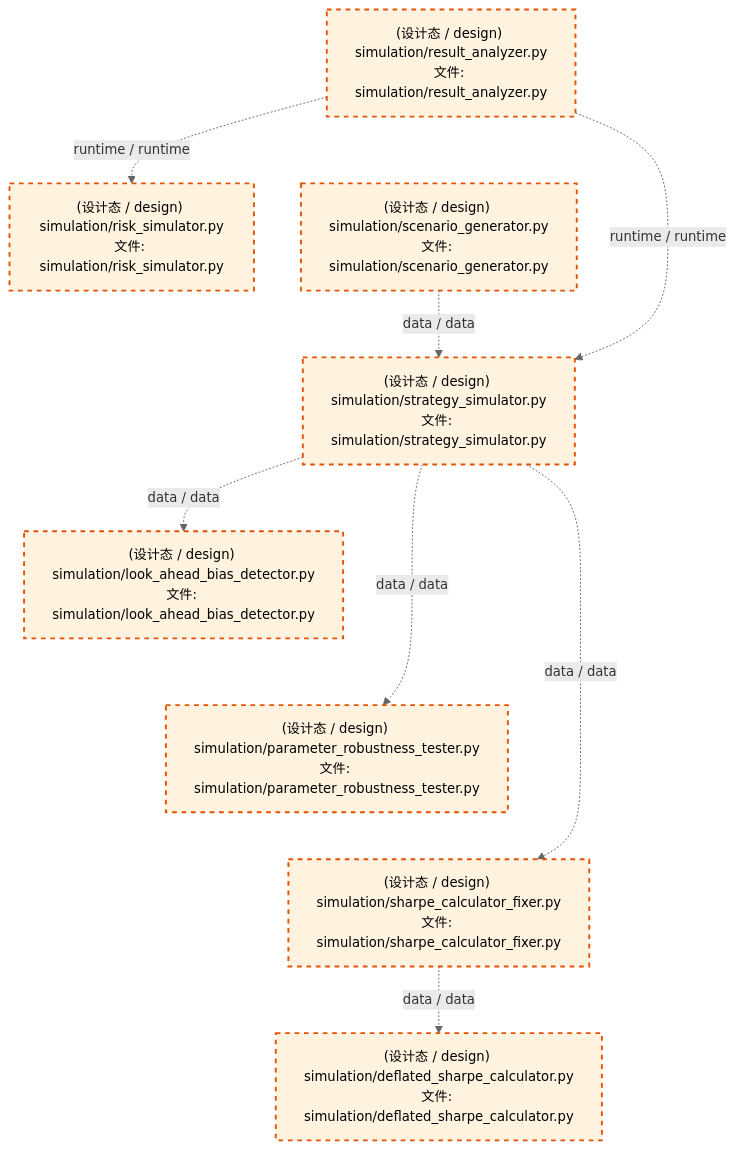
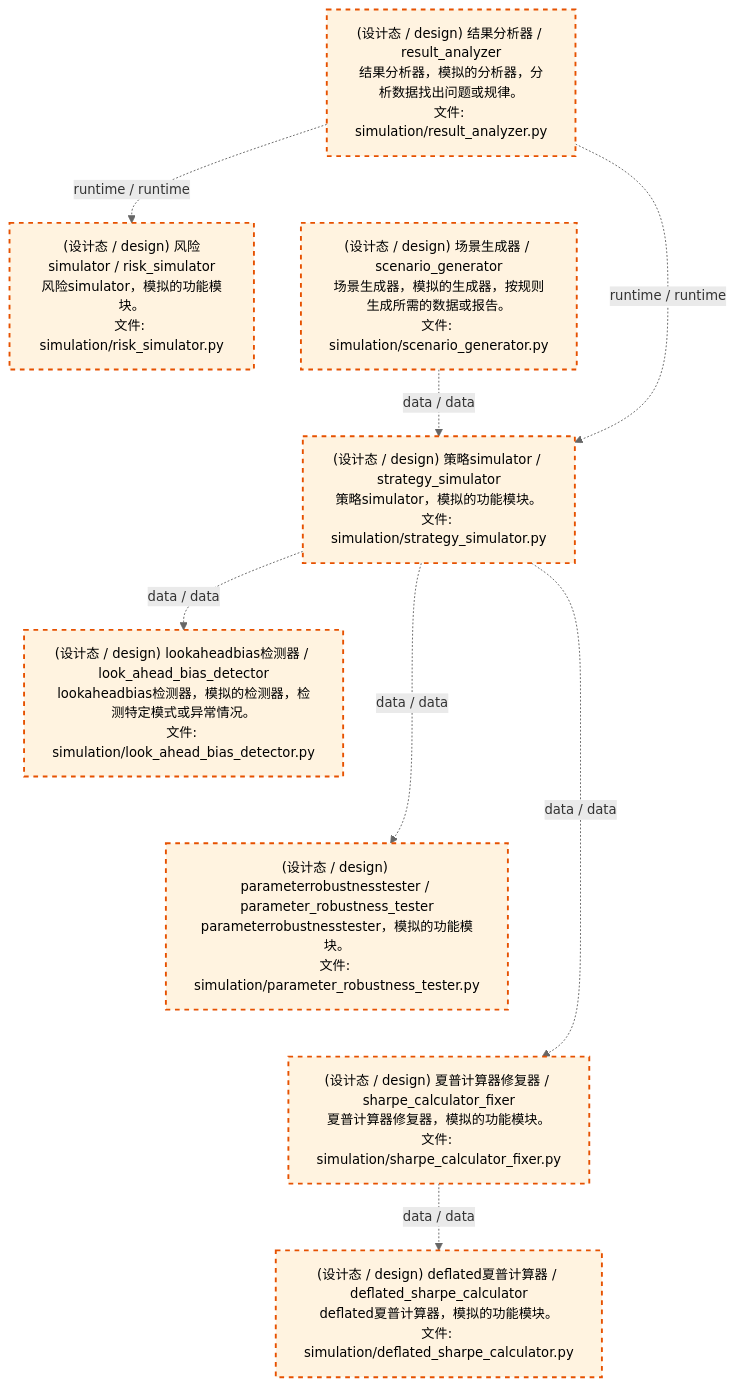
The third of 4 diagrams in docs/02_enterprise_architecture/02_domain_architecture_docs/70_d_simulation.md (xuanFelixVan/ZephyrAlpha), drawn with Mermaid before and after one commit. The commit also changed other lines of this file and 60 other files, not shown here.

````diff
--- a/docs/02_enterprise_architecture/02_domain_architecture_docs/70_d_simulation.md
+++ b/docs/02_enterprise_architecture/02_domain_architecture_docs/70_d_simulation.md
@@ -112,28 +112,28 @@
 ```mermaid
 %%{init: {'theme': 'base', 'themeVariables': {'primaryColor': '#eaeaea', 'primaryTextColor': '#333333', 'primaryBorderColor': '#666666', 'lineColor': '#666666', 'secondaryColor': '#eaeaea', 'tertiaryColor': '#eaeaea', 'fontSize': '14px'}}}%%
 flowchart TD
-    src_zephyr_simulation_result_analyzer_py["(设计态 / design) simulation/result_analyzer.py<br/>文件: simulation/result_analyzer.py"]
-    src_zephyr_simulation_scenario_generator_py["(设计态 / design) simulation/scenario_generator.py<br/>文件: simulation/scenario_generator.py"]
+    src_zephyr_simulation_result_analyzer_py["(设计态 / design) 结果分析器 / result_analyzer<br/>结果分析器，模拟的分析器，分析数据找出问题或规律。<br/>文件: simulation/result_analyzer.py"]
+    src_zephyr_simulation_scenario_generator_py["(设计态 / design) 场景生成器 / scenario_generator<br/>场景生成器，模拟的生成器，按规则生成所需的数据或报告。<br/>文件: simulation/scenario_generator.py"]
     src_zephyr_simulation_result_analyzer_py ~~~ src_zephyr_simulation_scenario_generator_py
-    src_zephyr_simulation_risk_simulator_py["(设计态 / design) simulation/risk_simulator.py<br/>文件: simulation/risk_simulator.py"]
-    src_zephyr_simulation_strategy_simulator_py["(设计态 / design) simulation/strategy_simulator.py<br/>文件: simulation/strategy_simulator.py"]
+    src_zephyr_simulation_risk_simulator_py["(设计态 / design) 风险simulator / risk_simulator<br/>风险simulator，模拟的功能模块。<br/>文件: simulation/risk_simulator.py"]
+    src_zephyr_simulation_strategy_simulator_py["(设计态 / design) 策略simulator / strategy_simulator<br/>策略simulator，模拟的功能模块。<br/>文件: simulation/strategy_simulator.py"]
     src_zephyr_simulation_risk_simulator_py ~~~ src_zephyr_simulation_strategy_simulator_py
-    src_zephyr_simulation_look_ahead_bias_detector_py["(设计态 / design) simulation/look_ahead_bias_detector.py<br/>文件: simulation/look_ahead_bias_detector.py"]
-    src_zephyr_simulation_parameter_robustness_tester_py["(设计态 / design) simulation/parameter_robustness_tester.py<br/>文件: simulation/parameter_robustness_tester.py"]
-    src_zephyr_simulation_sharpe_calculator_fixer_py["(设计态 / design) simulation/sharpe_calculator_fixer.py<br/>文件: simulation/sharpe_calculator_fixer.py"]
+    src_zephyr_simulation_look_ahead_bias_detector_py["(设计态 / design) lookaheadbias检测器 / look_ahead_bias_detector<br/>lookaheadbias检测器，模拟的检测器，检测特定模式或异常情况。<br/>文件: simulation/look_ahead_bias_detector.py"]
+    src_zephyr_simulation_parameter_robustness_tester_py["(设计态 / design) parameterrobustnesstester / parameter_robustness_tester<br/>parameterrobustnesstester，模拟的功能模块。<br/>文件: simulation/parameter_robustness_tester.py"]
+    src_zephyr_simulation_sharpe_calculator_fixer_py["(设计态 / design) 夏普计算器修复器 / sharpe_calculator_fixer<br/>夏普计算器修复器，模拟的功能模块。<br/>文件: simulation/sharpe_calculator_fixer.py"]
     src_zephyr_simulation_look_ahead_bias_detector_py ~~~ src_zephyr_simulation_parameter_robustness_tester_py
     src_zephyr_simulation_parameter_robustness_tester_py ~~~ src_zephyr_simulation_sharpe_calculator_fixer_py
-    src_zephyr_simulation_deflated_sharpe_calculator_py["(设计态 / design) simulation/deflated_sharpe_calculator.py<br/>文件: simulation/deflated_sharpe_calculator.py"]
+    src_zephyr_simulation_deflated_sharpe_calculator_py["(设计态 / design) deflated夏普计算器 / deflated_sharpe_calculator<br/>deflated夏普计算器，模拟的功能模块。<br/>文件: simulation/deflated_sharpe_calculator.py"]
     src_zephyr_simulation_strategy_simulator_py -.->|data / data| src_zephyr_simulation_parameter_robustness_tester_py
     src_zephyr_simulation_strategy_simulator_py -.->|data / data| src_zephyr_simulation_look_ahead_bias_detector_py
     src_zephyr_simulation_strategy_simulator_py -.->|data / data| src_zephyr_simulation_sharpe_calculator_fixer_py
     src_zephyr_simulation_scenario_generator_py -.->|data / data| src_zephyr_simulation_strategy_simulator_py
     src_zephyr_simulation_result_analyzer_py -.->|runtime / runtime| src_zephyr_simulation_strategy_simulator_py
     src_zephyr_simulation_result_analyzer_py -.->|runtime / runtime| src_zephyr_simulation_risk_simulator_py
     src_zephyr_simulation_sharpe_calculator_fixer_py -.->|data / data| src_zephyr_simulation_deflated_sharpe_calculator_py
     classDef production fill:#e1f5fe,stroke:#01579b,stroke-width:2px,color:#000
     classDef design fill:#fff3e0,stroke:#e65100,stroke-width:2px,color:#000,stroke-dasharray: 5 5
     classDef external_prod fill:#e8f4fd,stroke:#0277bd,stroke-width:1px,color:#000
     classDef external_design fill:#fff8e7,stroke:#ef6c00,stroke-width:1px,color:#000,stroke-dasharray: 5 5
     class src_zephyr_simulation_deflated_sharpe_calculator_py,src_zephyr_simulation_look_ahead_bias_detector_py,src_zephyr_simulation_parameter_robustness_tester_py,src_zephyr_simulation_result_analyzer_py,src_zephyr_simulation_risk_simulator_py,src_zephyr_simulation_scenario_generator_py,src_zephyr_simulation_sharpe_calculator_fixer_py,src_zephyr_simulation_strategy_simulator_py design
 ```
````
